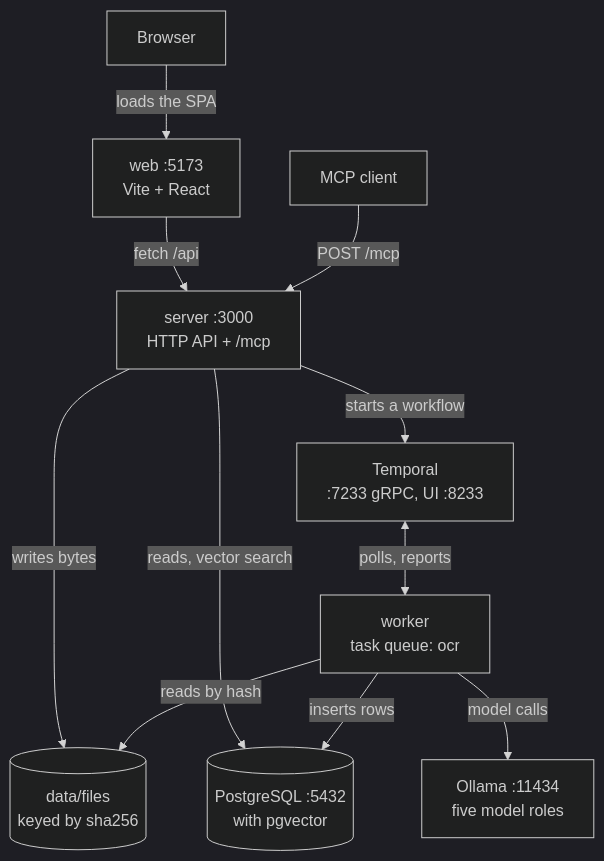
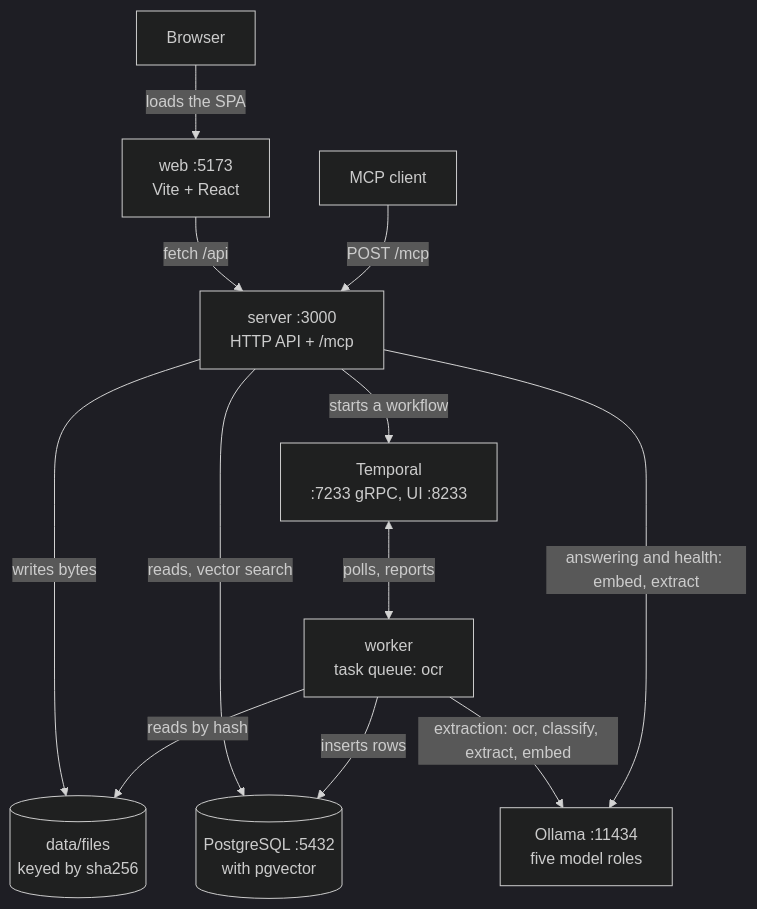
One commit to rahulranjan14/localScan changed the first of 4 diagrams in docs/ARCHITECTURE.md. Above: the diagram before and after it, drawn with Mermaid (dark theme). The commit also changed other lines of this file, not shown here.

First line of the commit message:
fix(docs): the server calls models, and the architecture page said it did not

````diff
--- a/docs/ARCHITECTURE.md
+++ b/docs/ARCHITECTURE.md
@@ -18,23 +24,24 @@
 ```mermaid
 flowchart TB
     browser["Browser"]
     agent["MCP client"]
     web["web :5173<br/>Vite + React"]
     server["server :3000<br/>HTTP API + /mcp"]
     files[("data/files<br/>keyed by sha256")]
     temporal["Temporal<br/>:7233 gRPC, UI :8233"]
     pg[("PostgreSQL :5432<br/>with pgvector")]
     worker["worker<br/>task queue: ocr"]
     ollama["Ollama :11434<br/>five model roles"]
 
     browser -->|loads the SPA| web
     web -->|fetch /api| server
     agent -->|POST /mcp| server
     server -->|writes bytes| files
     server -->|starts a workflow| temporal
     server -->|reads, vector search| pg
     temporal <-->|polls, reports| worker
     worker -->|reads by hash| files
     worker -->|inserts rows| pg
-    worker -->|model calls| ollama
+    worker -->|extraction: ocr, classify, extract, embed| ollama
+    server -->|answering and health: embed, extract| ollama
 ```
````
